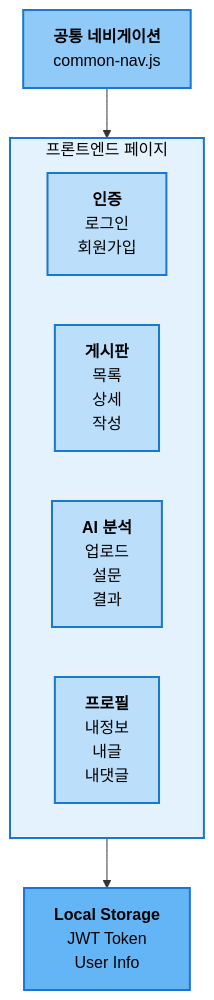
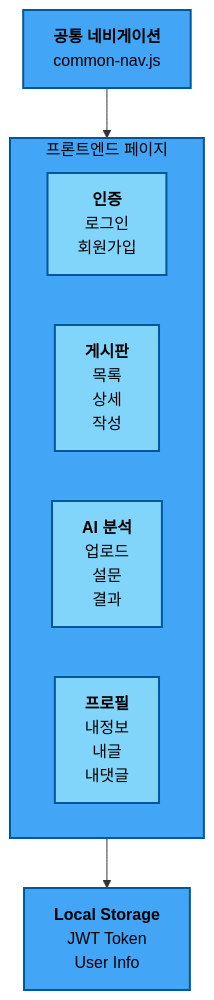
The fourth of 13 diagrams in Architecture.md (kyoe-23/DeepLearning_project), drawn with Mermaid before and after one commit. The commit also changed other lines of this file, not shown here.

````diff
--- a/Architecture.md
+++ b/Architecture.md
@@ -173,24 +173,24 @@
 ```mermaid
 graph TB
     subgraph PAGES["프론트엔드 페이지"]
         direction LR
         AUTH["<b>인증</b><br/>로그인<br/>회원가입"]
         BOARD["<b>게시판</b><br/>목록<br/>상세<br/>작성"]
         AI["<b>AI 분석</b><br/>업로드<br/>설문<br/>결과"]
         PROFILE["<b>프로필</b><br/>내정보<br/>내글<br/>내댓글"]
     end
     
     NAV["<b>공통 네비게이션</b><br/>common-nav.js"]
     STORAGE["<b>Local Storage</b><br/>JWT Token<br/>User Info"]
     
     NAV --> PAGES
     PAGES --> STORAGE
 
-    style PAGES fill:#E3F2FD,stroke:#1976D2,stroke-width:2px,color:#000
-    style AUTH fill:#BBDEFB,stroke:#1976D2,stroke-width:2px,color:#000
-    style BOARD fill:#BBDEFB,stroke:#1976D2,stroke-width:2px,color:#000
-    style AI fill:#BBDEFB,stroke:#1976D2,stroke-width:2px,color:#000
-    style PROFILE fill:#BBDEFB,stroke:#1976D2,stroke-width:2px,color:#000
-    style NAV fill:#90CAF9,stroke:#1976D2,stroke-width:2px,color:#000
-    style STORAGE fill:#64B5F6,stroke:#1976D2,stroke-width:2px,color:#000
+    style PAGES fill:#42A5F5,stroke:#01579B,stroke-width:2px,color:#000
+    style AUTH fill:#81D4FA,stroke:#01579B,stroke-width:2px,color:#000
+    style BOARD fill:#81D4FA,stroke:#01579B,stroke-width:2px,color:#000
+    style AI fill:#81D4FA,stroke:#01579B,stroke-width:2px,color:#000
+    style PROFILE fill:#81D4FA,stroke:#01579B,stroke-width:2px,color:#000
+    style NAV fill:#42A5F5,stroke:#01579B,stroke-width:2px,color:#000
+    style STORAGE fill:#42A5F5,stroke:#01579B,stroke-width:2px,color:#000
 ```
````
